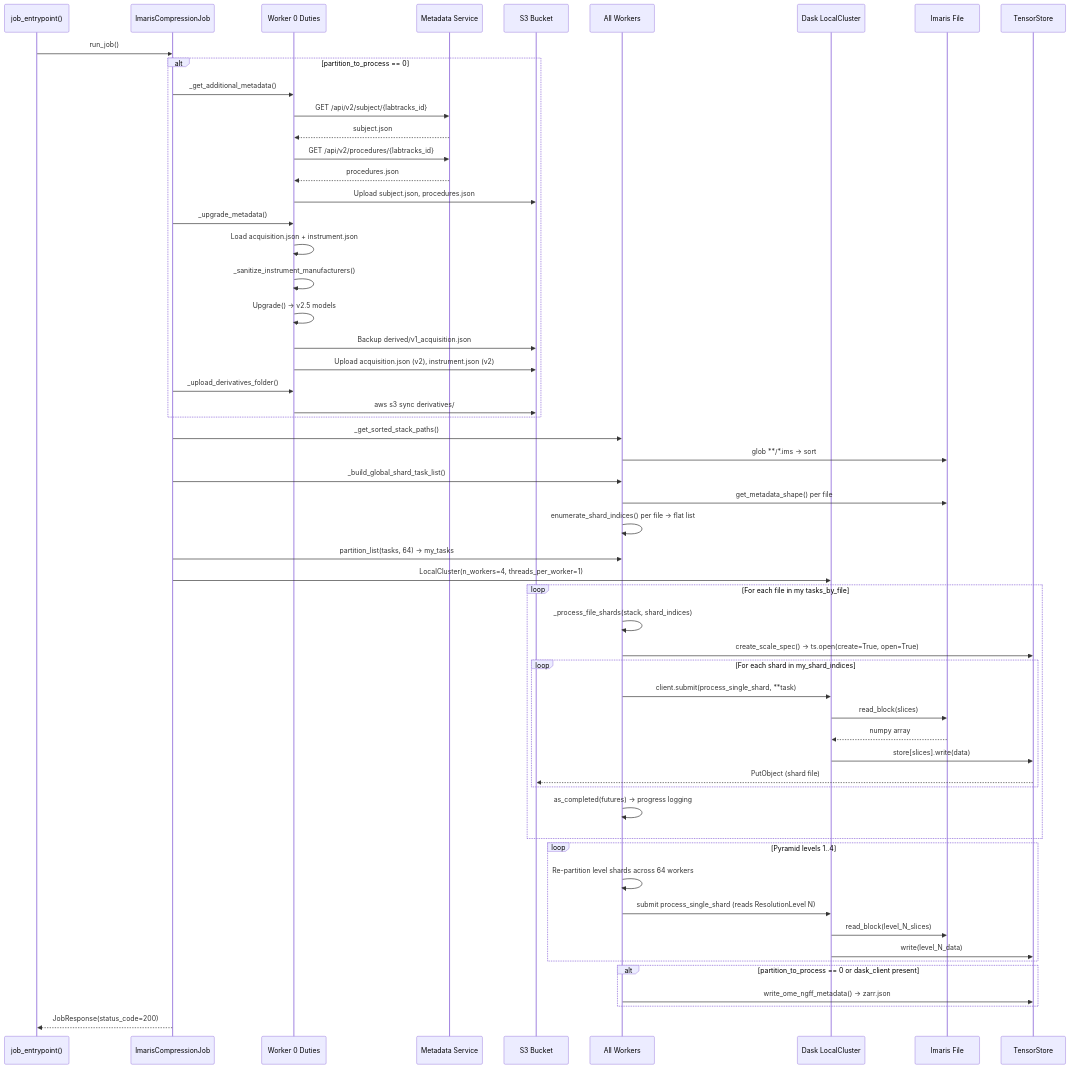
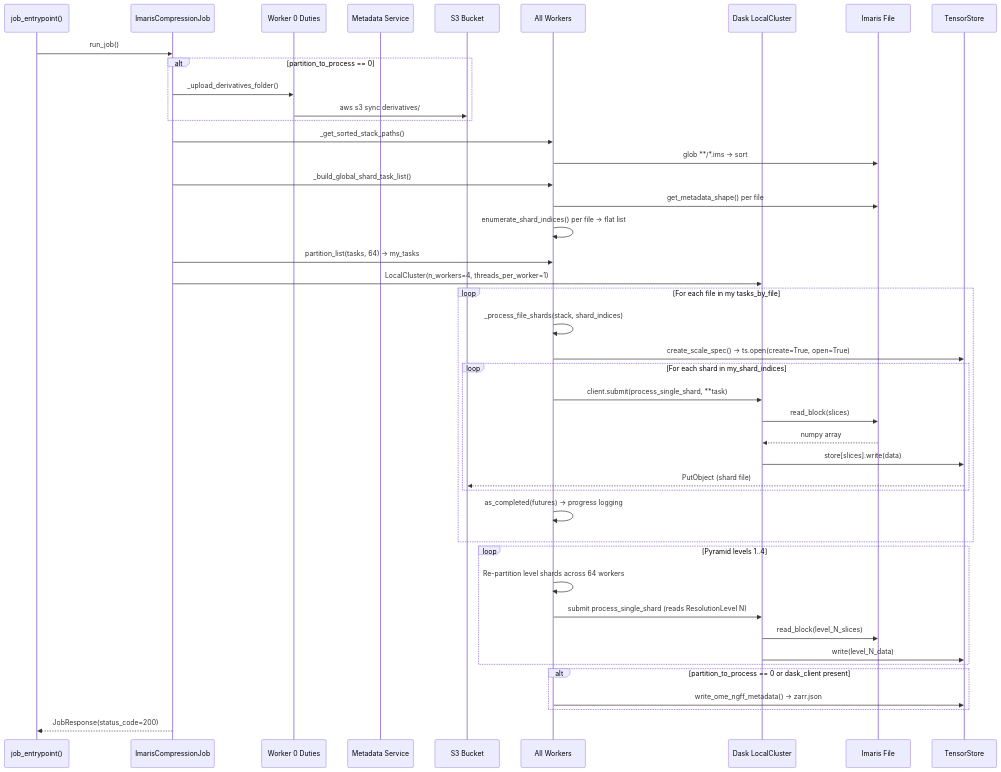
Before and after one commit to AllenNeuralDynamics/aind-exaspim-data-transformation: the fourth of 5 diagrams in docs/diagrams/02_data_flow_pipeline.md, drawn with Mermaid. The commit also changed other lines of this file and 8 other files, not shown here.

Commit message:
Chore: remove metadata upgrade and call

````diff
--- a/docs/diagrams/02_data_flow_pipeline.md
+++ b/docs/diagrams/02_data_flow_pipeline.md
@@ -124,72 +122,58 @@
 ```mermaid
 sequenceDiagram
     participant Entry as job_entrypoint()
     participant Job as ImarisCompressionJob
     participant W0 as Worker 0 Duties
     participant MS as Metadata Service
     participant S3 as S3 Bucket
     participant All as All Workers
     participant Dask as Dask LocalCluster
     participant HDF5 as Imaris File
     participant TS as TensorStore
 
     Entry->>Job: run_job()
     
     alt partition_to_process == 0
-        Job->>W0: _get_additional_metadata()
-        W0->>MS: GET /api/v2/subject/{labtracks_id}
-        MS-->>W0: subject.json
-        W0->>MS: GET /api/v2/procedures/{labtracks_id}
-        MS-->>W0: procedures.json
-        W0->>S3: Upload subject.json, procedures.json
-        
-        Job->>W0: _upgrade_metadata()
-        W0->>W0: Load acquisition.json + instrument.json
-        W0->>W0: _sanitize_instrument_manufacturers()
-        W0->>W0: Upgrade() → v2.5 models
-        W0->>S3: Backup derived/v1_acquisition.json
-        W0->>S3: Upload acquisition.json (v2), instrument.json (v2)
-        
         Job->>W0: _upload_derivatives_folder()
         W0->>S3: aws s3 sync derivatives/
     end
 
     Job->>All: _get_sorted_stack_paths()
     All->>HDF5: glob **/*.ims → sort
     
     Job->>All: _build_global_shard_task_list()
     All->>HDF5: get_metadata_shape() per file
     All->>All: enumerate_shard_indices() per file → flat list
     
     Job->>All: partition_list(tasks, 64) → my_tasks
     
     Job->>Dask: LocalCluster(n_workers=4, threads_per_worker=1)
     
     loop For each file in my tasks_by_file
         All->>All: _process_file_shards(stack, shard_indices)
         All->>TS: create_scale_spec() → ts.open(create=True, open=True)
         
         loop For each shard in my_shard_indices
             All->>Dask: client.submit(process_single_shard, **task)
             Dask->>HDF5: read_block(slices)
             HDF5-->>Dask: numpy array
             Dask->>TS: store[slices].write(data)
             TS-->>S3: PutObject (shard file)
         end
         
         All->>All: as_completed(futures) → progress logging
     end
 
     loop Pyramid levels 1..4
         All->>All: Re-partition level shards across 64 workers
         All->>Dask: submit process_single_shard (reads ResolutionLevel N)
         Dask->>HDF5: read_block(level_N_slices)
         Dask->>TS: write(level_N_data)
     end
 
     alt partition_to_process == 0 or dask_client present
         All->>TS: write_ome_ngff_metadata() → zarr.json
     end
 
     Job-->>Entry: JobResponse(status_code=200)
 ```
````
